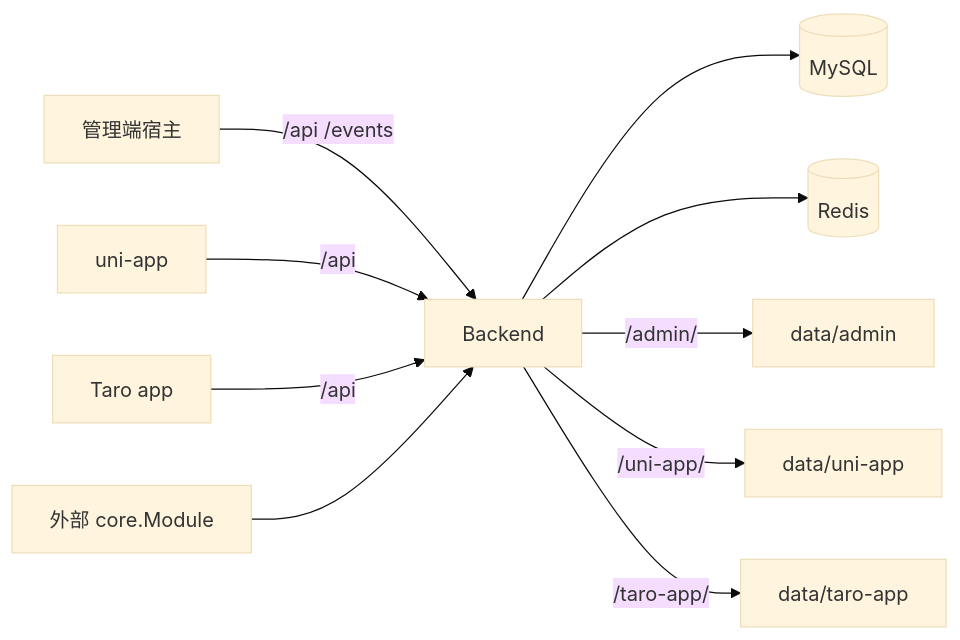
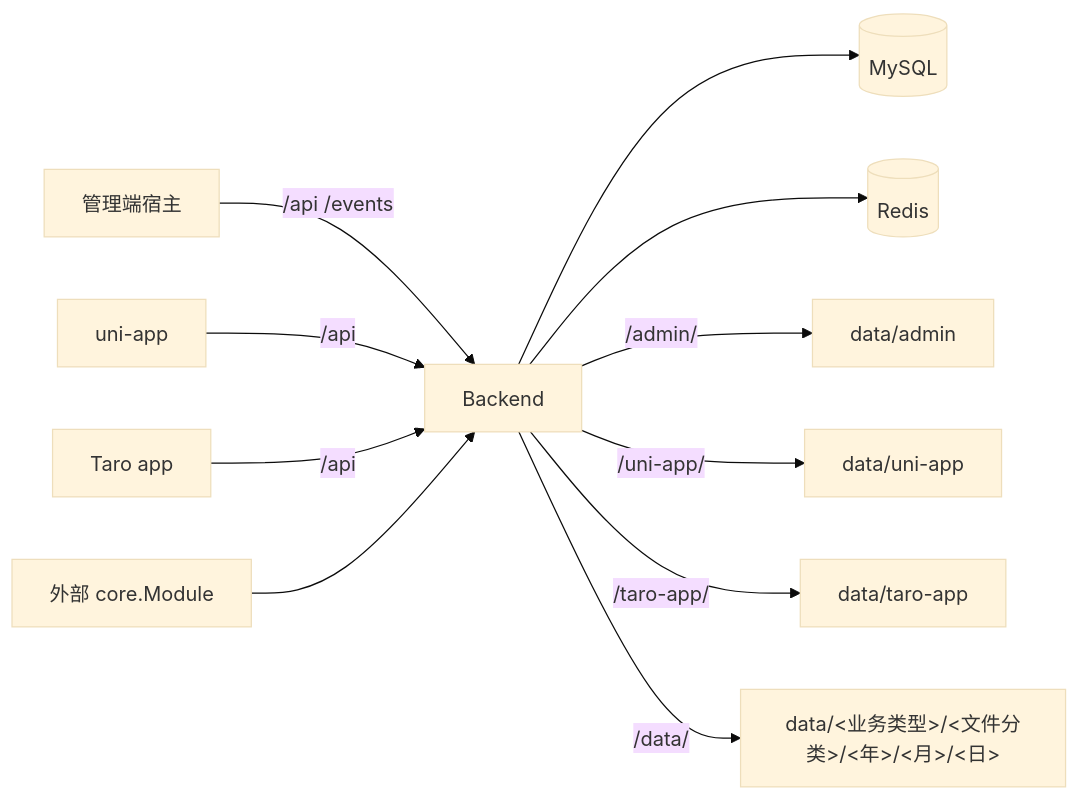
Before and after one commit to liujitcn/kratos-admin: the diagram in docs/系统总体设计.md, drawn with Mermaid (base theme). The commit also changed other lines of this file and 164 other files, not shown here.

````diff
--- a/docs/系统总体设计.md
+++ b/docs/系统总体设计.md
@@ -23,12 +23,13 @@
 ```mermaid
 flowchart LR
   Admin["管理端宿主"] -->|"/api /events"| Backend["Backend"]
   UniApp["uni-app"] -->|"/api"| Backend
   Taro["Taro app"] -->|"/api"| Backend
   Backend --> DB[("MySQL")]
   Backend --> Redis[("Redis")]
   Backend -->|"/admin/"| AdminFiles["data/admin"]
   Backend -->|"/uni-app/"| UniAppFiles["data/uni-app"]
   Backend -->|"/taro-app/"| TaroFiles["data/taro-app"]
+  Backend -->|"/data/"| UploadFiles["data/<业务类型>/<文件分类>/<年>/<月>/<日>"]
   Module["外部 core.Module"] --> Backend
 ```
````
